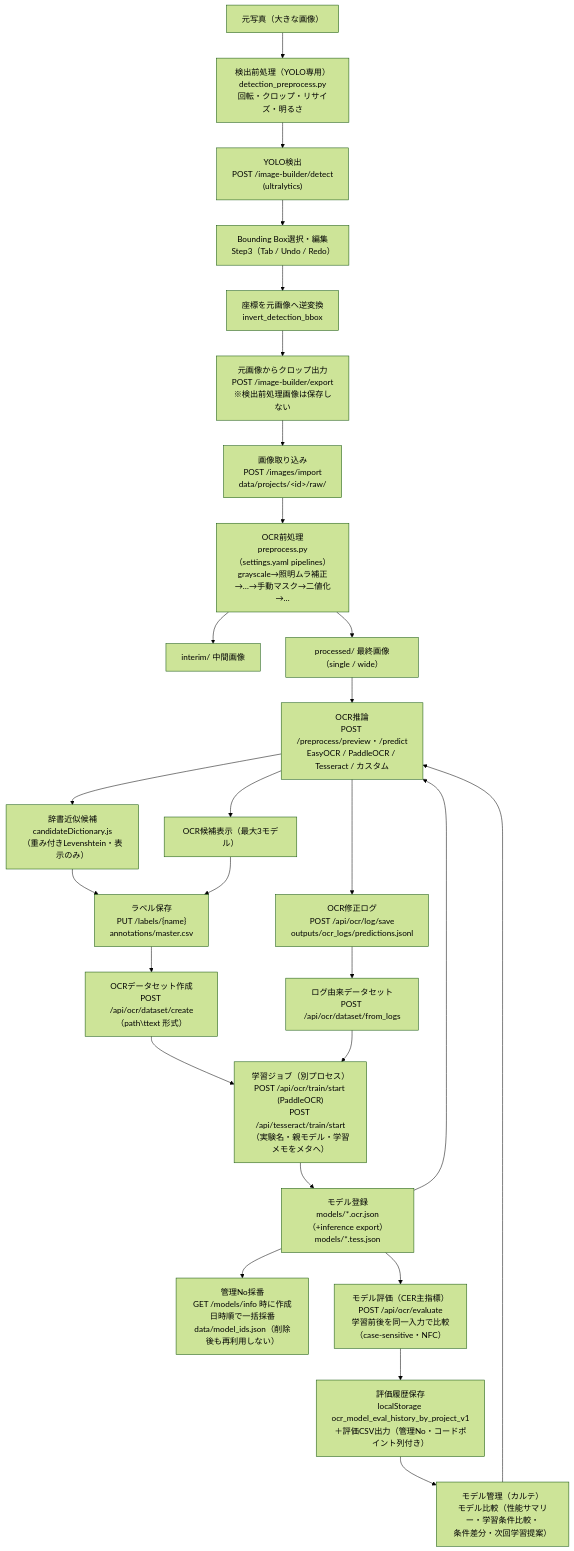
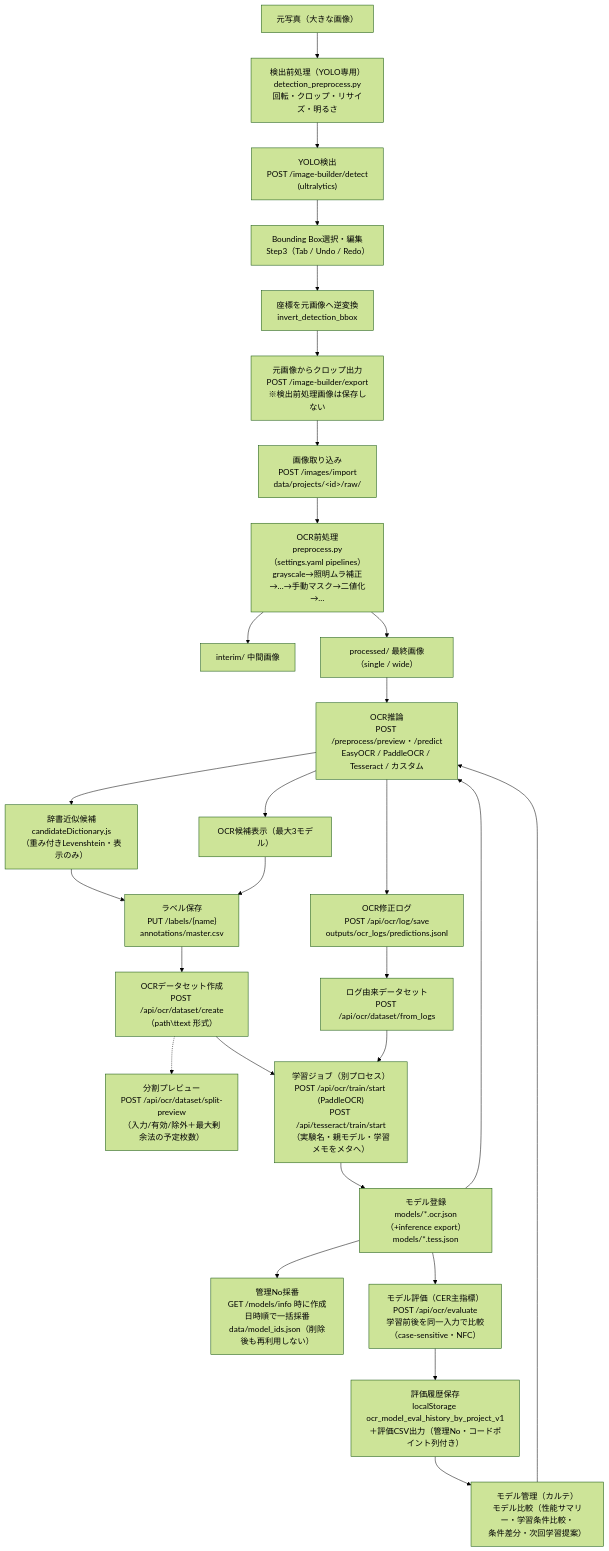
One commit to bs-shashimoto2048/OCR_Crafter changed the first of 2 diagrams in docs/17_DATAFLOW.md. Above: the diagram before and after it, drawn with Mermaid (forest theme). The commit also changed other lines of this file and 19 other files, not shown here.

First line of the commit message:
feat: add OCR augmentation controls and deterministic dataset splitting

````diff
--- a/docs/17_DATAFLOW.md
+++ b/docs/17_DATAFLOW.md
@@ -7,32 +7,33 @@
 ```mermaid
 flowchart TD
     PHOTO["元写真（大きな画像）"] --> DPP["検出前処理（YOLO専用）<br/>detection_preprocess.py<br/>回転・クロップ・リサイズ・明るさ"]
     DPP --> YOLO["YOLO検出<br/>POST /image-builder/detect<br/>(ultralytics)"]
     YOLO --> BBOX["Bounding Box選択・編集<br/>Step3（Tab / Undo / Redo）"]
     BBOX --> INV["座標を元画像へ逆変換<br/>invert_detection_bbox"]
     INV --> CROP["元画像からクロップ出力<br/>POST /image-builder/export<br/>※検出前処理画像は保存しない"]
 
     CROP --> IMPORT["画像取り込み<br/>POST /images/import<br/>data/projects/&lt;id&gt;/raw/"]
     IMPORT --> OPP["OCR前処理<br/>preprocess.py（settings.yaml pipelines）<br/>grayscale→照明ムラ補正→…→手動マスク→二値化→…"]
     OPP --> INTERIM["interim/ 中間画像"]
     OPP --> PROC["processed/ 最終画像（single / wide）"]
 
     PROC --> OCR["OCR推論<br/>POST /preprocess/preview・/predict<br/>EasyOCR / PaddleOCR / Tesseract / カスタム"]
     OCR --> DICT["辞書近似候補<br/>candidateDictionary.js<br/>（重み付きLevenshtein・表示のみ）"]
     OCR --> CAND["OCR候補表示（最大3モデル）"]
     DICT --> LABEL
     CAND --> LABEL["ラベル保存<br/>PUT /labels/{name}<br/>annotations/master.csv"]
 
     LABEL --> DS["OCRデータセット作成<br/>POST /api/ocr/dataset/create<br/>（path\ttext 形式）"]
     FIX["OCR修正ログ<br/>POST /api/ocr/log/save<br/>outputs/ocr_logs/predictions.jsonl"] --> DS2["ログ由来データセット<br/>POST /api/ocr/dataset/from_logs"]
     OCR --> FIX
+    DS -.-> SPLITP["分割プレビュー<br/>POST /api/ocr/dataset/split-preview<br/>（入力/有効/除外＋最大剰余法の予定枚数）"]
     DS --> TRAIN["学習ジョブ（別プロセス）<br/>POST /api/ocr/train/start (PaddleOCR)<br/>POST /api/tesseract/train/start<br/>（実験名・親モデル・学習メモをメタへ）"]
     DS2 --> TRAIN
     TRAIN --> MODEL["モデル登録<br/>models/*.ocr.json（+inference export）<br/>models/*.tess.json"]
     MODEL --> MID2["管理No採番<br/>GET /models/info 時に作成日時順で一括採番<br/>data/model_ids.json（削除後も再利用しない）"]
     MODEL --> OCR
     MODEL --> EVAL["モデル評価（CER主指標）<br/>POST /api/ocr/evaluate<br/>学習前後を同一入力で比較（case-sensitive・NFC）"]
     EVAL --> HIST["評価履歴保存<br/>localStorage ocr_model_eval_history_by_project_v1<br/>＋評価CSV出力（管理No・コードポイント列付き）"]
     HIST --> MGMT["モデル管理（カルテ）<br/>モデル比較（性能サマリー・学習条件比較・<br/>条件差分・次回学習提案）"]
     MGMT --> OCR
 ```
````
